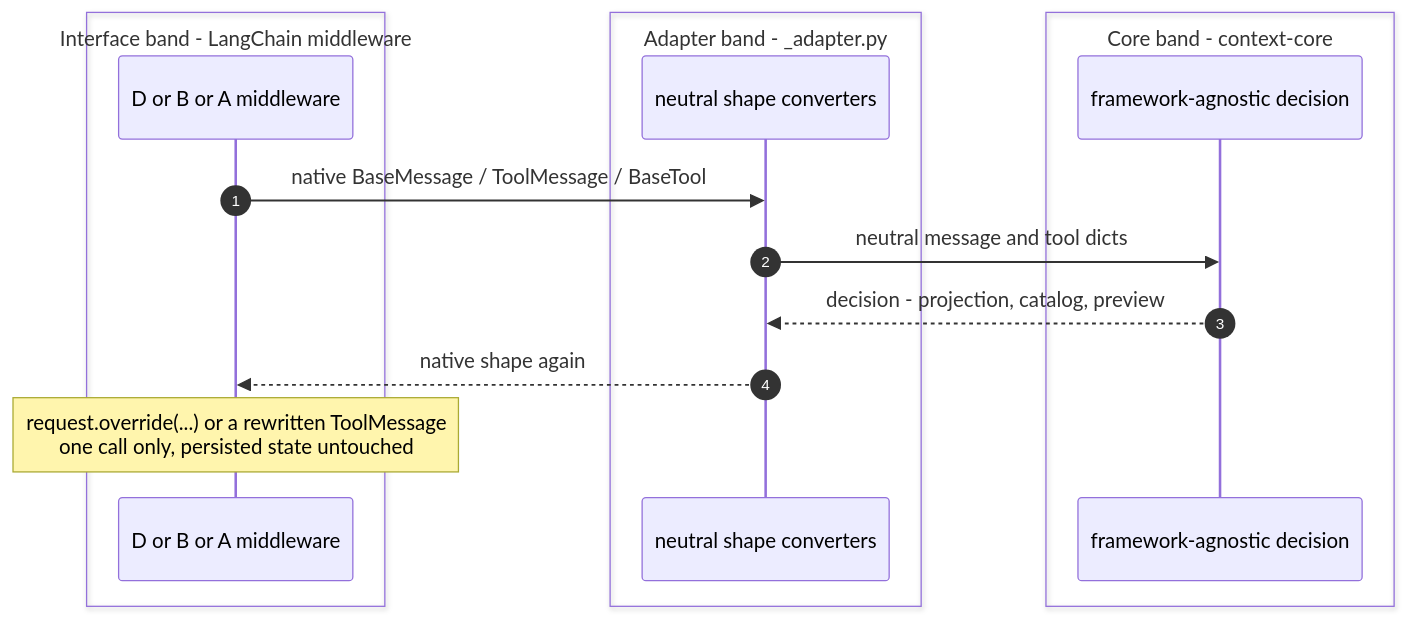
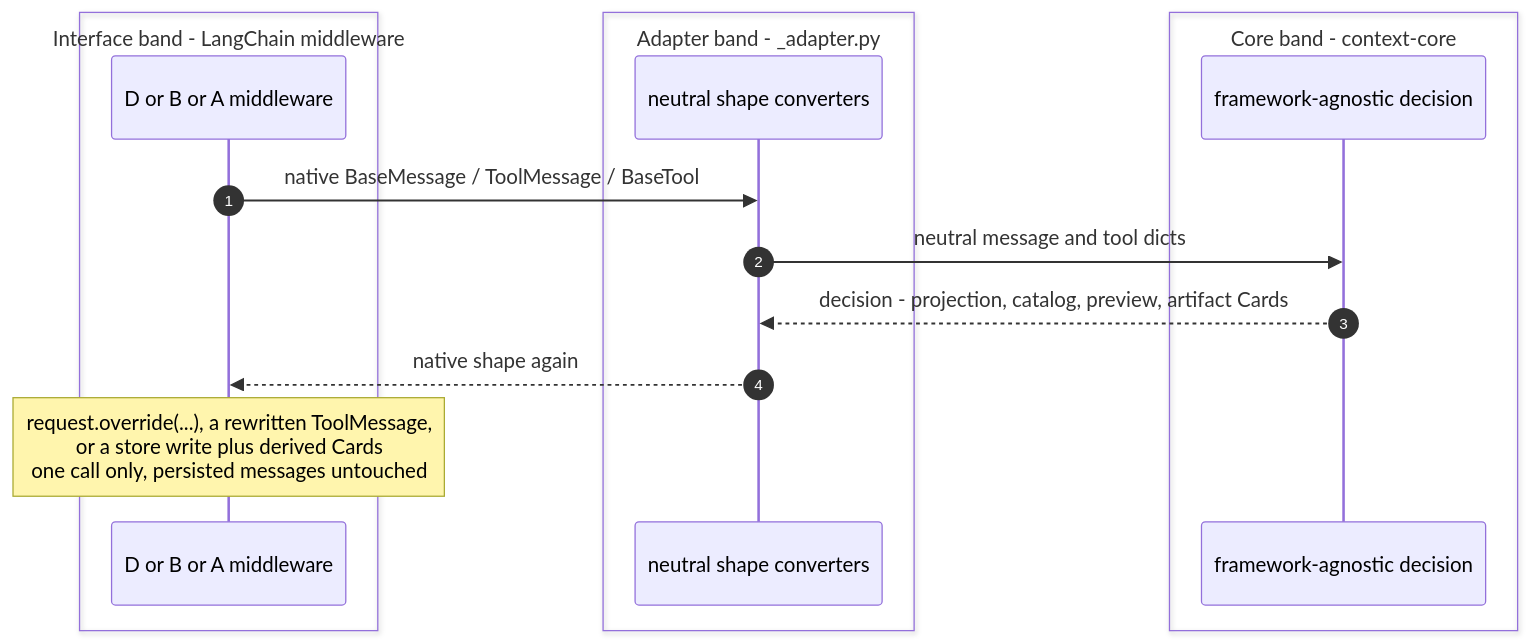
One commit to aws-samples/sample-context-engineering changed the first of 2 diagrams in docs/design/sequence/langgraph/sequence-combined.md. Above: the diagram before and after it, drawn with Mermaid. The commit also changed other lines of this file and 8 other files, not shown here.

````diff
--- a/docs/design/sequence/langgraph/sequence-combined.md
+++ b/docs/design/sequence/langgraph/sequence-combined.md
@@ -112,19 +147,19 @@
 ```mermaid
 sequenceDiagram
     autonumber
     box Interface band - LangChain middleware
     participant IF as D or B or A middleware
     end
     box Adapter band - _adapter.py
     participant AD as neutral shape converters
     end
     box Core band - context-core
     participant CC as framework-agnostic decision
     end
 
     IF->>AD: native BaseMessage / ToolMessage / BaseTool
     AD->>CC: neutral message and tool dicts
-    CC-->>AD: decision - projection, catalog, preview
+    CC-->>AD: decision - projection, catalog, preview, artifact Cards
     AD-->>IF: native shape again
-    Note over IF: request.override(...) or a rewritten ToolMessage<br/>one call only, persisted state untouched
+    Note over IF: request.override(...), a rewritten ToolMessage,<br/>or a store write plus derived Cards<br/>one call only, persisted messages untouched
 ```
````
